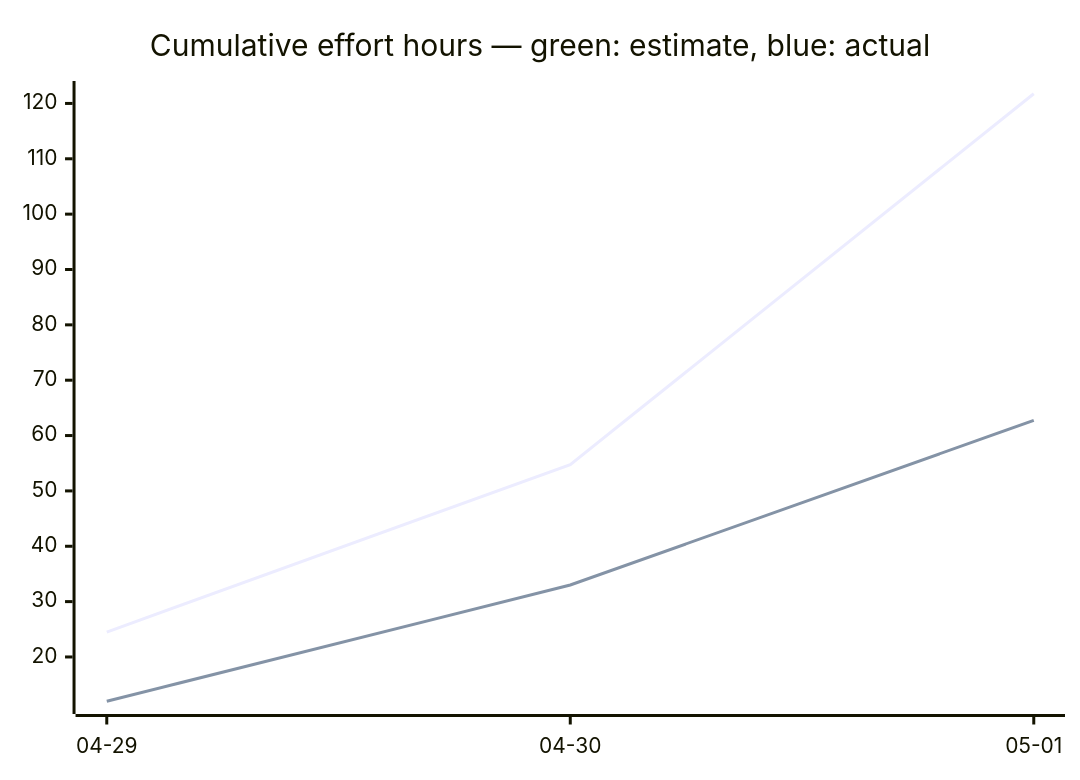
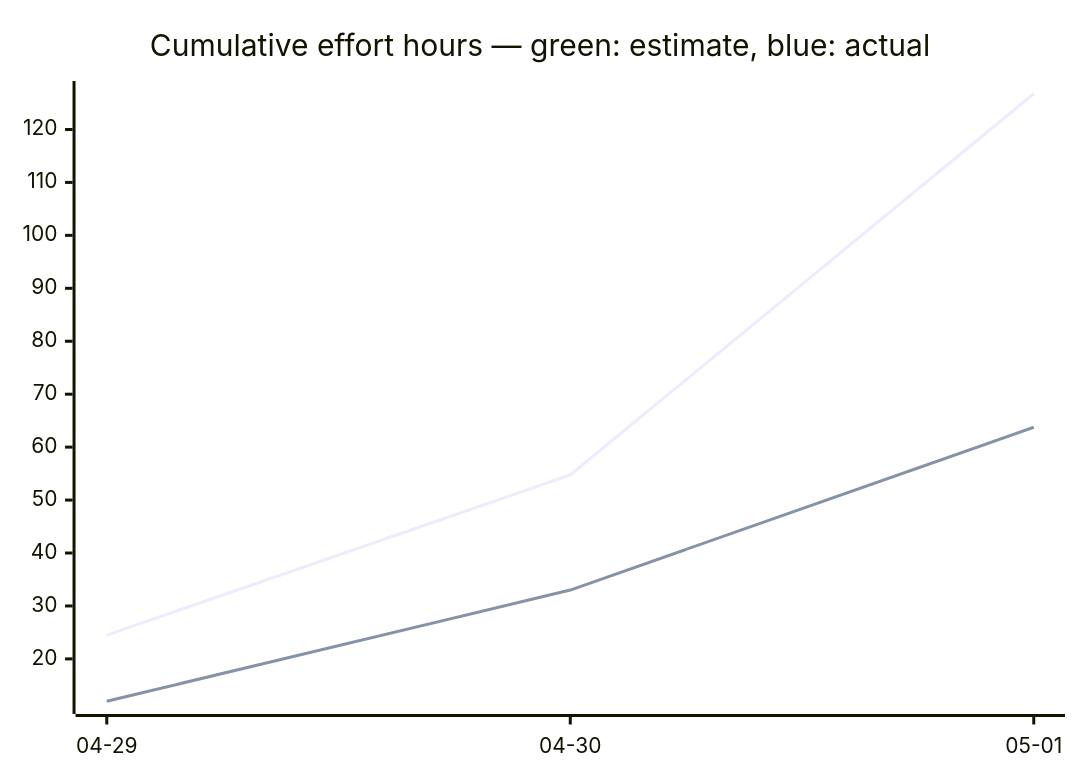
Before and after one commit to tgd1975/AwesomeStudioPedal: the third of 3 diagrams in docs/developers/tasks/OVERVIEW.md, drawn with Mermaid. The commit also changed other lines of this file and 10 other files, not shown here.

````diff
--- a/docs/developers/tasks/OVERVIEW.md
+++ b/docs/developers/tasks/OVERVIEW.md
@@ -40,7 +40,7 @@
 ```mermaid
 xychart-beta
     title "Cumulative effort hours — green: estimate, blue: actual"
     x-axis ["04-29", "04-30", "05-01"]
-    line [24.5, 54.75, 121.75]
-    line [12, 33, 62.75]
+    line [24.5, 54.75, 126.75]
+    line [12, 33, 63.75]
 ```
````
